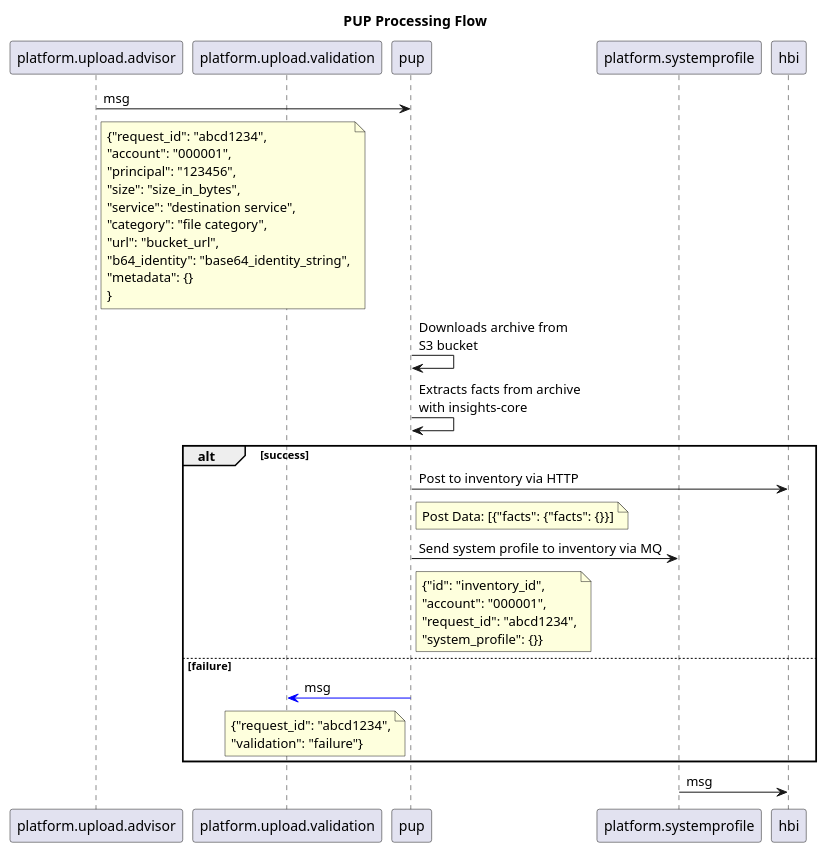
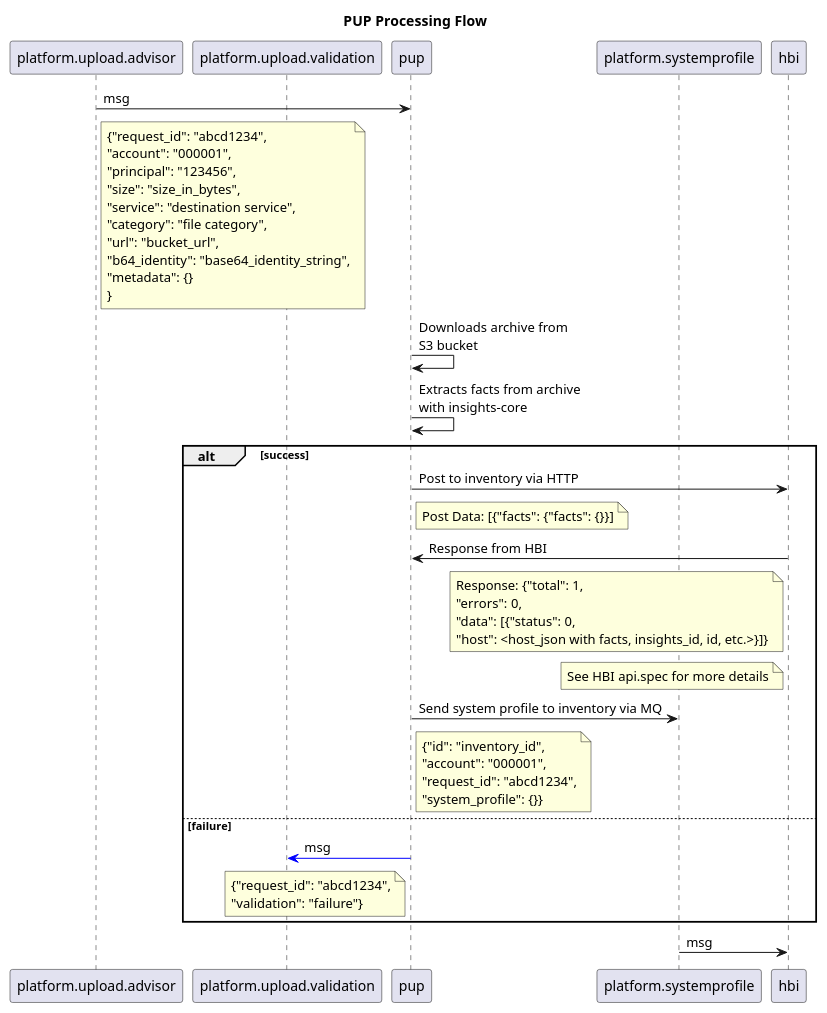
Before and after one commit to RedHatInsights/insights-pup: the diagram in sequence.puml, drawn with PlantUML.

Commit message:
Update sequence diagram
Better detail relating to HBI messages

```diff
--- a/sequence.puml
+++ b/sequence.puml
@@ -1,22 +1,25 @@
 @startuml
 title PUP Processing Flow
 participant platform.upload.advisor
 participant platform.upload.validation
 participant pup
 participant platform.systemprofile
 participant hbi
 platform.upload.advisor->pup: msg
 Note right of platform.upload.advisor: {"request_id": "abcd1234",\n"account": "000001",\n"principal": "123456",\n"size": "size_in_bytes",\n"service": "destination service",\n"category": "file category",\n"url": "bucket_url",\n"b64_identity": "base64_identity_string",\n"metadata": {}\n}
 pup->pup: Downloads archive from\nS3 bucket
 pup->pup: Extracts facts from archive\nwith insights-core
 alt success
     pup->hbi: Post to inventory via HTTP
     Note right of pup: Post Data: [{"facts": {"facts": {}}]
+    hbi->pup: Response from HBI
+    Note left of hbi: Response: {"total": 1,\n"errors": 0,\n"data": [{"status": 0,\n"host": <host_json with facts, insights_id, id, etc.>}]}
+    Note left of hbi: See HBI api.spec for more details
     pup->platform.systemprofile: Send system profile to inventory via MQ
     Note right of pup: {"id": "inventory_id",\n"account": "000001",\n"request_id": "abcd1234",\n"system_profile": {}}
 else failure
     pup[#0000FF]->platform.upload.validation: msg
     Note left of pup: {"request_id": "abcd1234",\n"validation": "failure"}
 end
 platform.systemprofile->hbi: msg
 @enduml
```
